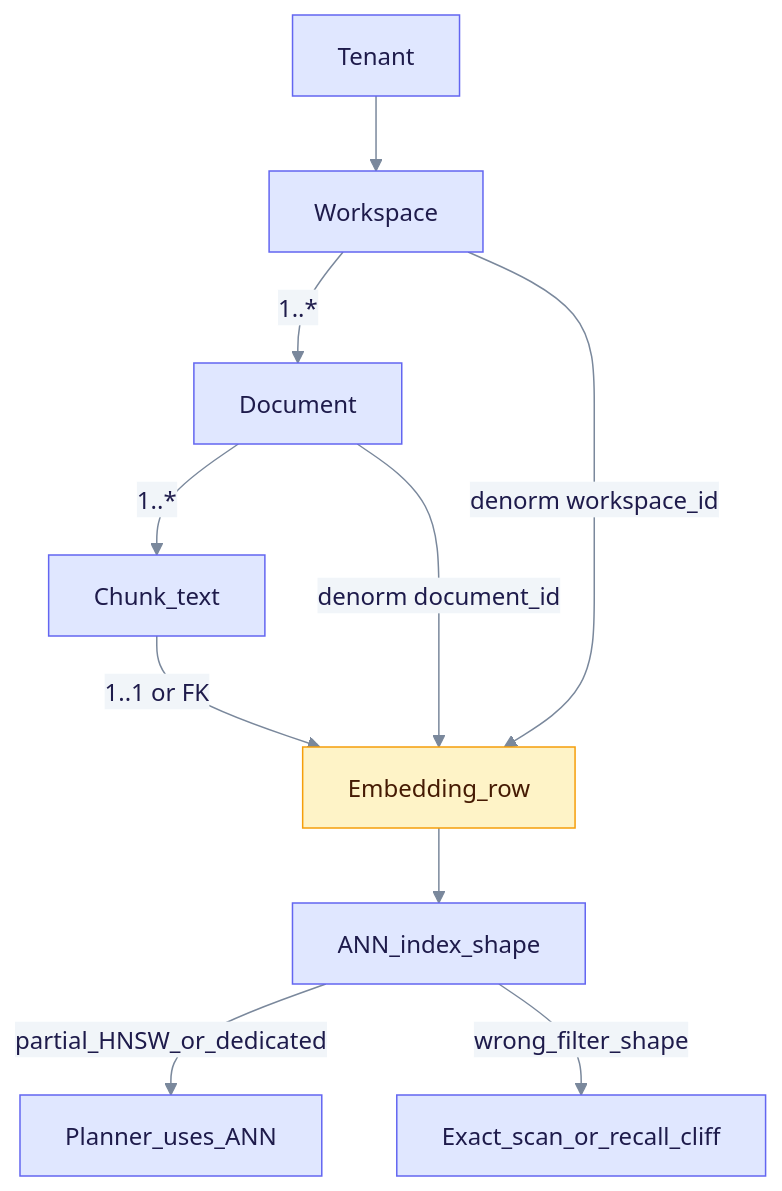
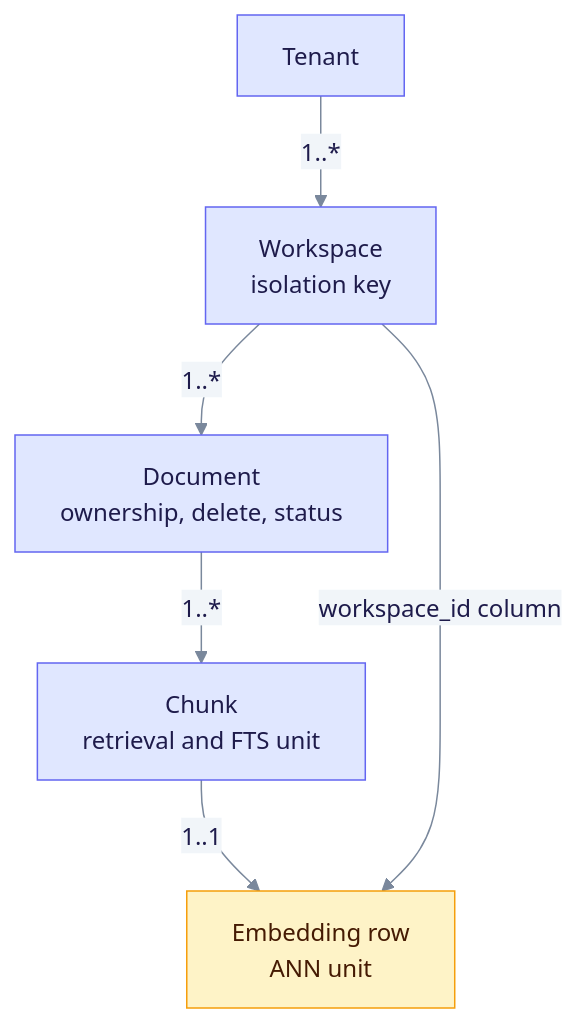
Before and after one commit to raphaelmansuy/edgequake: the first of 7 diagrams in docs/deep-dives/data-layer.md, drawn with Mermaid. The commit also changed other lines of this file and 194 other files, not shown here.

First line of the commit message:
Refresh docs against code and rebuild schema E/R as progressive steps

````diff
--- a/docs/deep-dives/data-layer.md
+++ b/docs/deep-dives/data-layer.md
@@ -38,23 +38,18 @@
 ```mermaid
 %%{init: {"theme":"base","themeVariables":{"primaryColor":"#E0E7FF","primaryBorderColor":"#6366F1","primaryTextColor":"#1E1B4B","secondaryColor":"#D1FAE5","secondaryBorderColor":"#10B981","secondaryTextColor":"#064E3B","tertiaryColor":"#FEF3C7","tertiaryBorderColor":"#F59E0B","tertiaryTextColor":"#6B7A90","lineColor":"#7A889C","clusterBkg":"rgba(99,102,241,0.07)","clusterBorder":"#A5B4FC","noteBkgColor":"#FEF9C3","noteTextColor":"#422006","textColor":"#6B7A90","titleColor":"#6B7A90","signalColor":"#7A889C","signalTextColor":"#6B7A90","loopTextColor":"#6B7A90","edgeLabelBackground":"#F1F5F9","actorLineColor":"#94A3B8"}}}%%
 %% eq-theme:v1
 flowchart TB
-  tenant[Tenant]
-  ws[Workspace]
-  doc[Document]
-  chunk[Chunk_text]
-  emb[Embedding_row]
-  ann[ANN_index_shape]
-  tenant --> ws
+  tenant["Tenant"]
+  ws["Workspace<br/>isolation key"]
+  doc["Document<br/>ownership, delete, status"]
+  chunk["Chunk<br/>retrieval and FTS unit"]
+  emb["Embedding row<br/>ANN unit"]
+  tenant -->|"1..*"| ws
   ws -->|"1..*"| doc
   doc -->|"1..*"| chunk
-  chunk -->|"1..1 or FK"| emb
-  ws -->|"denorm workspace_id"| emb
-  doc -->|"denorm document_id"| emb
-  emb --> ann
-  ann -->|"partial_HNSW_or_dedicated"| okPlan[Planner_uses_ANN]
-  ann -->|"wrong_filter_shape"| cliff[Exact_scan_or_recall_cliff]
+  chunk -->|"1..1"| emb
+  ws -->|"workspace_id column"| emb
 %% eq-classes
 classDef eqLlm fill:#FEF3C7,stroke:#F59E0B,color:#451A03
 class emb eqLlm
 ```
````
